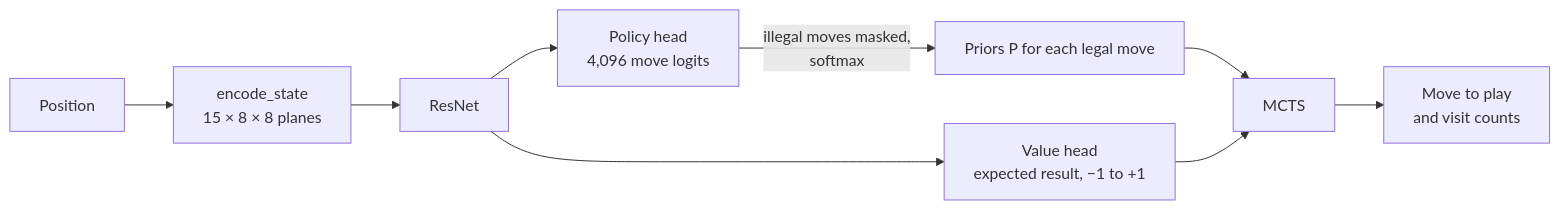
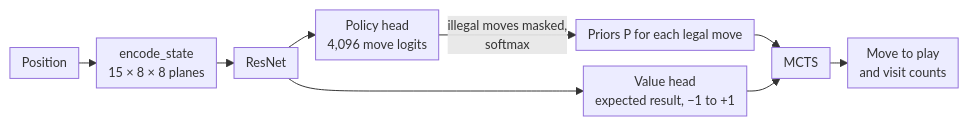
Before and after one commit to Aditya-00786/csf407-fable-chaturanga-zero: the first of 3 diagrams in docs/SEARCH.md, drawn with Mermaid. The commit also changed other lines of this file and 8 other files, not shown here.

First line of the commit message:
docs: full diagrams again, sized to fit a screen; Milestone 4 at 95%

````diff
--- a/docs/SEARCH.md
+++ b/docs/SEARCH.md
@@ -10,11 +10,12 @@
 ```mermaid
+%%{init: {"flowchart": {"nodeSpacing": 16, "rankSpacing": 18, "padding": 6, "diagramPadding": 4, "subGraphTitleMargin": {"top": 4, "bottom": 4}}, "themeVariables": {"fontSize": "13px"}}}%%
 flowchart LR
     P[Position] --> E[encode_state<br/>15 × 8 × 8 planes]
     E --> N[ResNet]
     N --> PH[Policy head<br/>4,096 move logits]
     N --> VH[Value head<br/>expected result, −1 to +1]
     PH -- illegal moves masked,<br/>softmax --> Pr[Priors P for each legal move]
     Pr --> S[MCTS]
     VH --> S
     S --> M[Move to play<br/>and visit counts]
 ```
````
